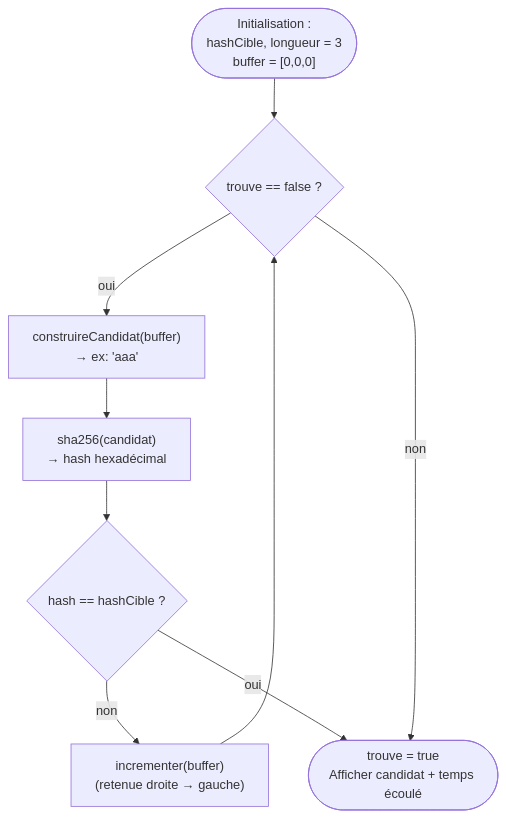
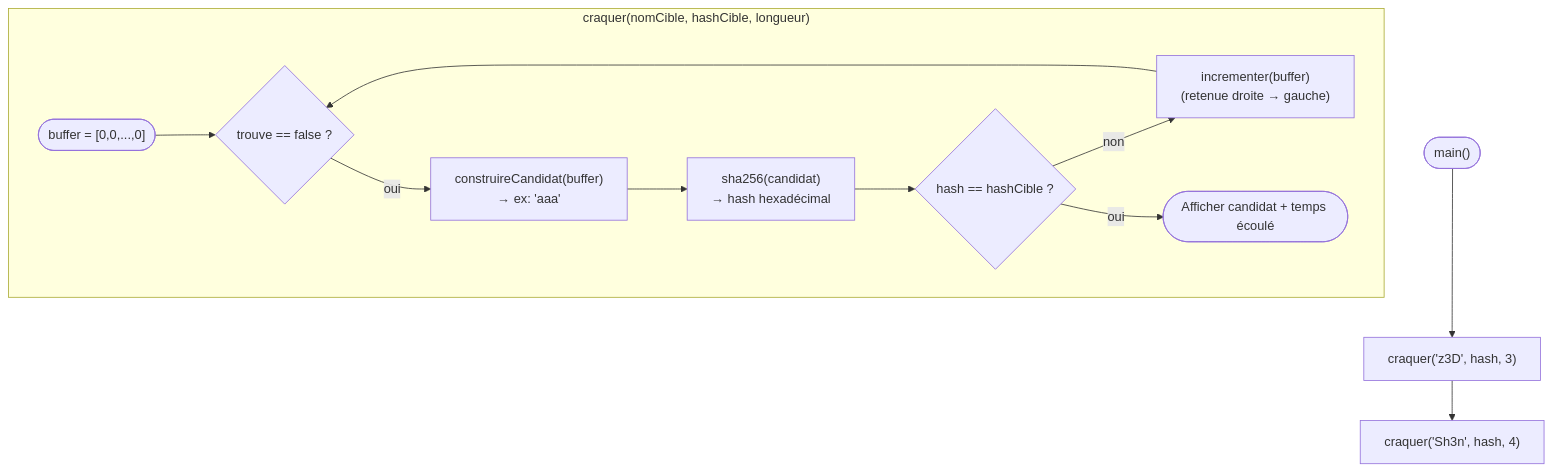
Before and after one commit to YoussefGoat123/FILROUGE: the third of 7 diagrams in schemas.md, drawn with Mermaid. The commit also changed other lines of this file and 1 other file, not shown here.

Commit message:
Update Main.java to include resolution for both z3D and Sh3n; enhance execution flow in schemas.md

````diff
--- a/schemas.md
+++ b/schemas.md
@@ -54,11 +56,15 @@
 ```mermaid
 flowchart TD
-    Init(["Initialisation :<br/>hashCible, longueur = 3<br/>buffer = [0,0,0]"]) --> Boucle{"trouve == false ?"}
+    MainStart(["main()"]) --> Craquer1["craquer('z3D', hash, 3)"]
+    Craquer1 --> Craquer2["craquer('Sh3n', hash, 4)"]
+
+    subgraph "craquer(nomCible, hashCible, longueur)"
+    Init(["buffer = [0,0,...,0]"]) --> Boucle{"trouve == false ?"}
     Boucle -- "oui" --> Construire["construireCandidat(buffer)<br/>→ ex: 'aaa'"]
     Construire --> Hash["sha256(candidat)<br/>→ hash hexadécimal"]
     Hash --> Compare{"hash == hashCible ?"}
     Compare -- "non" --> Increment["incrementer(buffer)<br/>(retenue droite → gauche)"]
     Increment --> Boucle
-    Compare -- "oui" --> Fin(["trouve = true<br/>Afficher candidat + temps écoulé"])
-    Boucle -- "non" --> Fin
+    Compare -- "oui" --> Fin(["Afficher candidat + temps écoulé"])
+    end
 ```
````
